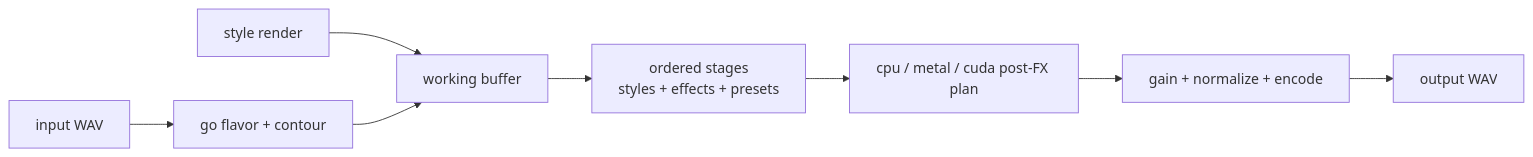
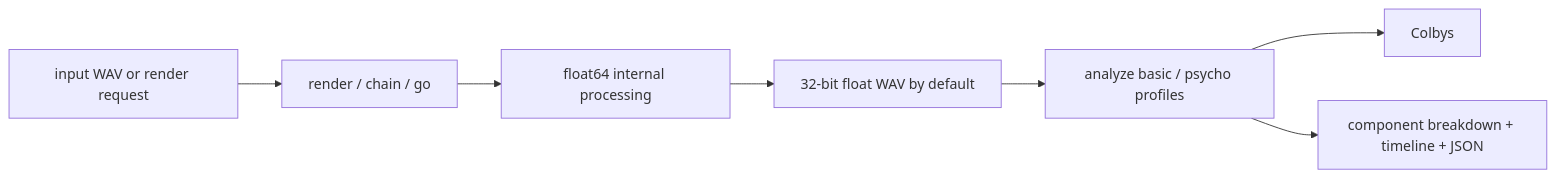
The diagram in README.md (TheColby/UglySoundGenerator), drawn with Mermaid before and after one commit. The commit also changed other lines of this file and 2 other files, not shown here.

Commit message:
Refactor core CLI commands and slim README

````diff
--- a/README.md
+++ b/README.md
@@ -645,10 +142,9 @@
 ```mermaid
 flowchart LR
-  synth["style render"] --> chainbuf["working buffer"]
-  input["input WAV"] --> gofx["go flavor + contour"]
-  gofx --> chainbuf
-  chainbuf --> stages["ordered stages<br/>styles + effects + presets"]
-  stages --> backend["cpu / metal / cuda post-FX plan"]
-  backend --> finish["gain + normalize + encode"]
-  finish --> out["output WAV"]
+  input["input WAV or render request"] --> core["render / chain / go"]
+  core --> wav["float64 internal processing"]
+  wav --> out["32-bit float WAV by default"]
+  out --> analyze["analyze basic / psycho profiles"]
+  analyze --> score["Colbys"]
+  analyze --> detail["component breakdown + timeline + JSON"]
 ```
````
